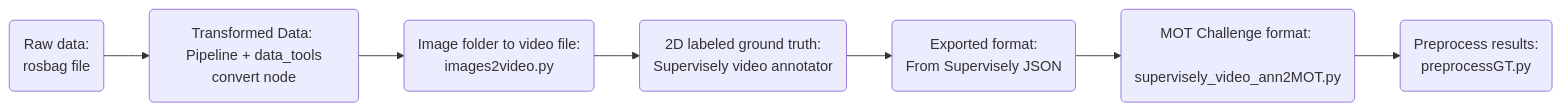
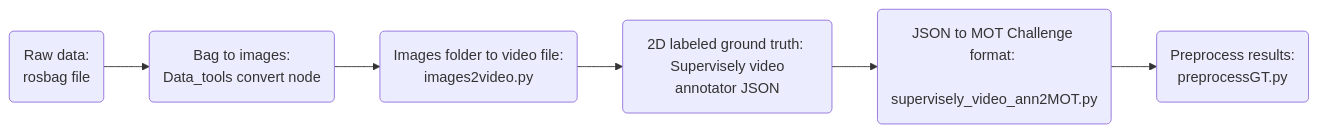
Before and after one commit to adrian-soch/cam_lidar_framework: the first of 2 diagrams in Metrics/README.md, drawn with Mermaid. The commit also changed 4 other files, not shown here.

````diff
--- a/Metrics/README.md
+++ b/Metrics/README.md
@@ -12,9 +12,8 @@
 ```mermaid
 graph LR;
-    RawData(Raw data: \n rosbag file)-->Trans(Transformed Data: \n Pipeline + data_tools convert node);
-    Trans-->Video(Image folder to video file: \n images2video.py);
-    Video-->GroundTruth(2D labeled ground truth: \n Supervisely video annotator);
-    GroundTruth-->ExportedFormat(Exported format: \n From Supervisely JSON);
-    ExportedFormat-->MOTChallenge(MOT Challenge format: \n supervisely_video_ann2MOT.py);
+    RawData(Raw data: \n rosbag file)-->Trans(Bag to images: \n Data_tools convert node);
+    Trans-->Video(Images folder to video file: \n images2video.py);
+    Video-->GroundTruth(2D labeled ground truth: \n Supervisely video annotator JSON);
+    GroundTruth-->MOTChallenge(JSON to MOT Challenge format: \n supervisely_video_ann2MOT.py);
     MOTChallenge-->Processed(Preprocess results: \n preprocessGT.py);
 ```
````
